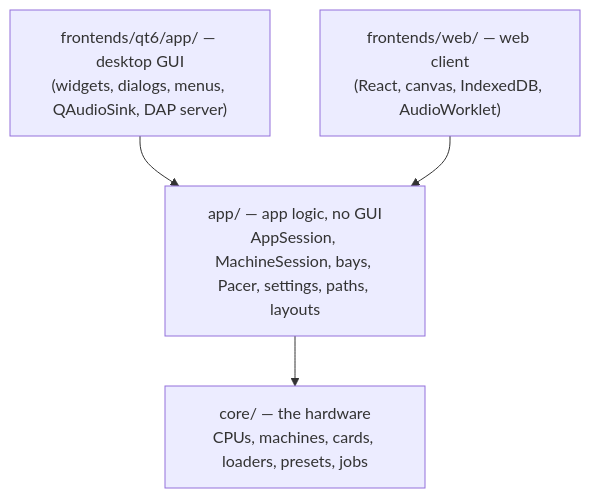
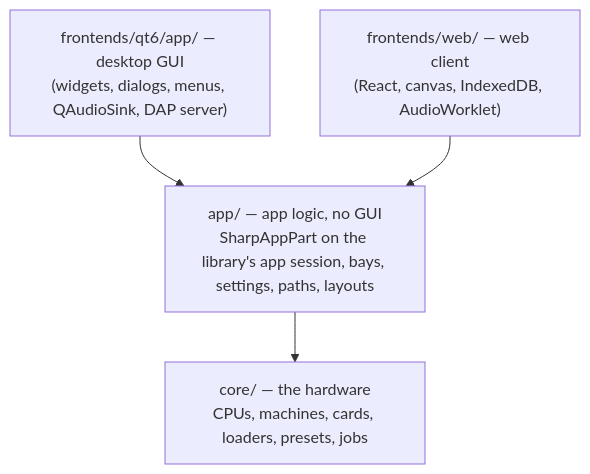
One commit to tinue/calc-u changed the diagram in products/calc-u-1600/docs/developer/Shared-Architecture.md. Above: the diagram before and after it, drawn with Mermaid. The commit also changed other lines of this file and 23 other files, not shown here.

````diff
--- a/products/calc-u-1600/docs/developer/Shared-Architecture.md
+++ b/products/calc-u-1600/docs/developer/Shared-Architecture.md
@@ -7,10 +7,10 @@
 ```mermaid
 flowchart TB
     Qt["frontends/qt6/app/ — desktop GUI<br/>(widgets, dialogs, menus, QAudioSink, DAP server)"]
     Web["frontends/web/ — web client<br/>(React, canvas, IndexedDB, AudioWorklet)"]
-    Shared["app/ — app logic, no GUI<br/>AppSession, MachineSession, bays, Pacer, settings, paths, layouts"]
+    Shared["app/ — app logic, no GUI<br/>SharpAppPart on the library's app session, bays, settings, paths, layouts"]
     Core["core/ — the hardware<br/>CPUs, machines, cards, loaders, presets, jobs"]
     Qt --> Shared
     Web --> Shared
     Shared --> Core
 ```
````
